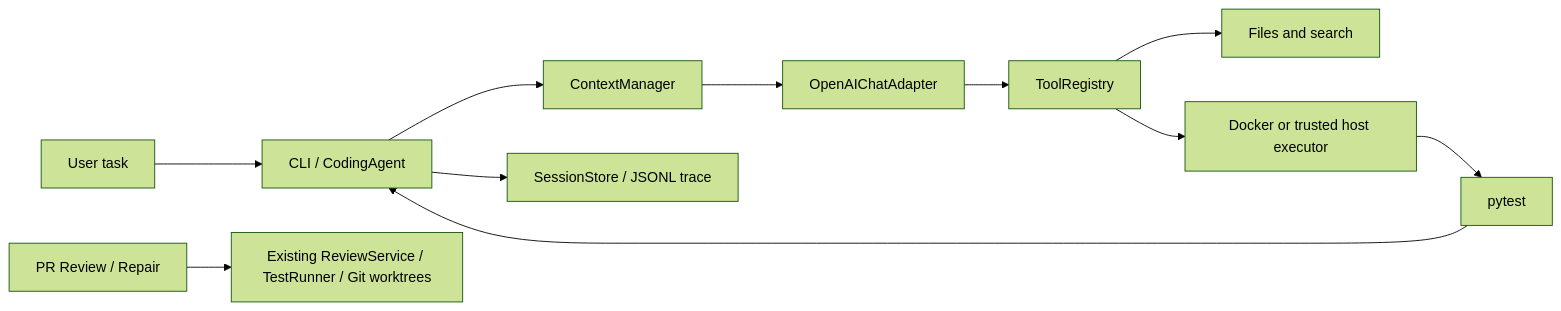
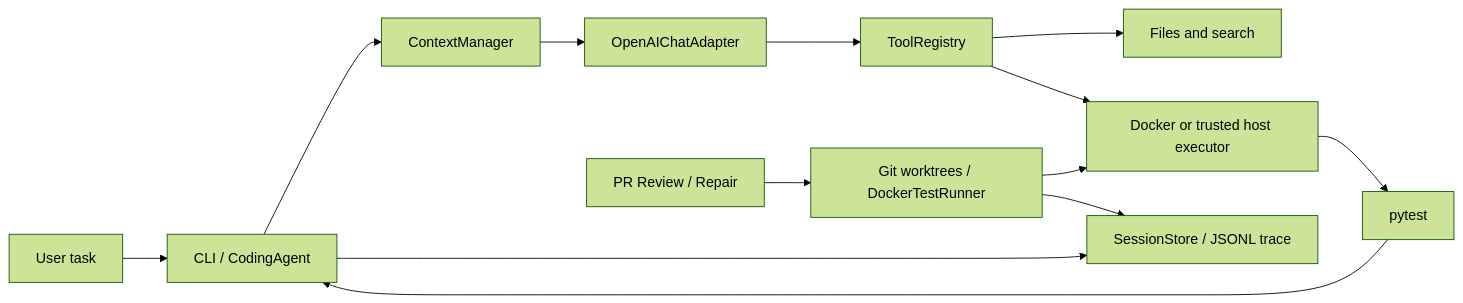
The diagram in README.en.md (liuzhouquan/selfforge-agent), drawn with Mermaid (forest theme) before and after one commit. The commit also changed other lines of this file and 19 other files, not shown here.

````diff
--- a/README.en.md
+++ b/README.en.md
@@ -79,13 +85,15 @@
 ```mermaid
 flowchart LR
   U[User task] --> CLI[CLI / CodingAgent]
   CLI --> C[ContextManager]
   C --> M[OpenAIChatAdapter]
   M --> T[ToolRegistry]
   T --> F[Files and search]
   T --> X[Docker or trusted host executor]
   X --> P[pytest]
   CLI --> S[SessionStore / JSONL trace]
   P --> CLI
-  PR[PR Review / Repair] --> E[Existing ReviewService / TestRunner / Git worktrees]
+  PR[PR Review / Repair] --> E[Git worktrees / DockerTestRunner]
+  E --> X
+  E --> S
 ```
````
